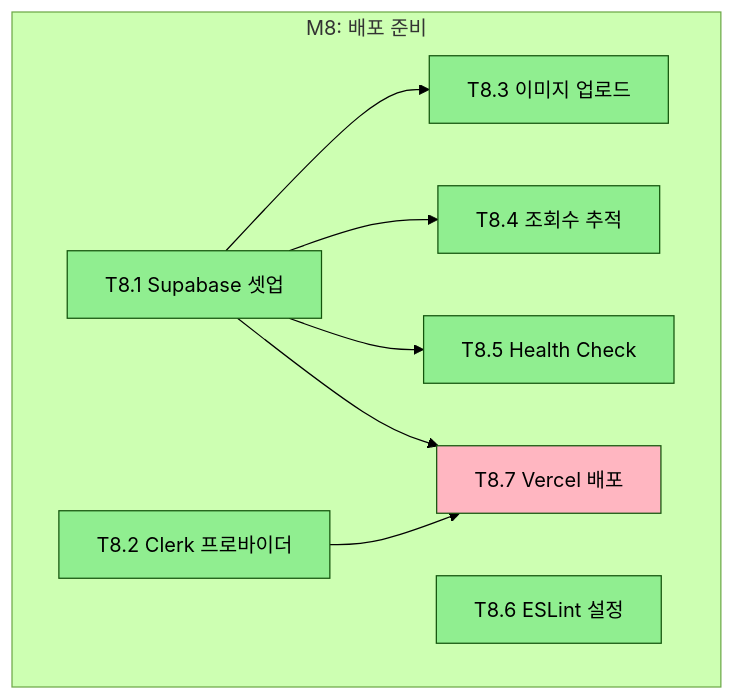
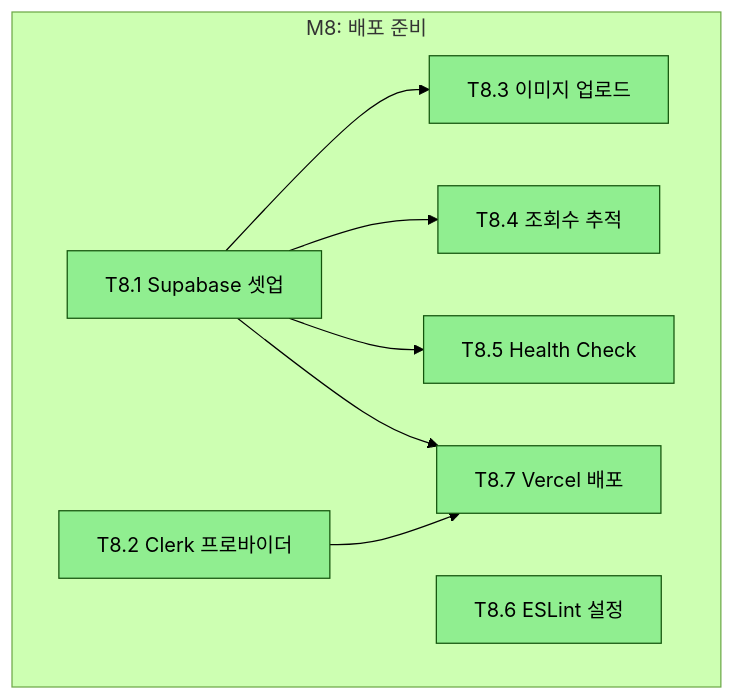
The second of 2 diagrams in docs/planning/06-tasks.md (tjwns3481/stay-guide), drawn with Mermaid (forest theme) before and after one commit. The commit also changed other lines of this file, not shown here.

````diff
--- a/docs/planning/06-tasks.md
+++ b/docs/planning/06-tasks.md
@@ -1161,26 +1167,26 @@
 ```mermaid
 flowchart TD
     subgraph M8[M8: 배포 준비]
         T8.1[T8.1 Supabase 셋업]
         T8.2[T8.2 Clerk 프로바이더]
         T8.3[T8.3 이미지 업로드]
         T8.4[T8.4 조회수 추적]
         T8.5[T8.5 Health Check]
         T8.6[T8.6 ESLint 설정]
         T8.7[T8.7 Vercel 배포]
     end
 
     T8.1 --> T8.3
     T8.1 --> T8.4
     T8.1 --> T8.5
     T8.1 --> T8.7
     T8.2 --> T8.7
 
     style T8.1 fill:#90EE90
     style T8.2 fill:#90EE90
     style T8.3 fill:#90EE90
     style T8.4 fill:#90EE90
     style T8.5 fill:#90EE90
     style T8.6 fill:#90EE90
-    style T8.7 fill:#FFB6C1
+    style T8.7 fill:#90EE90
 ```
````
